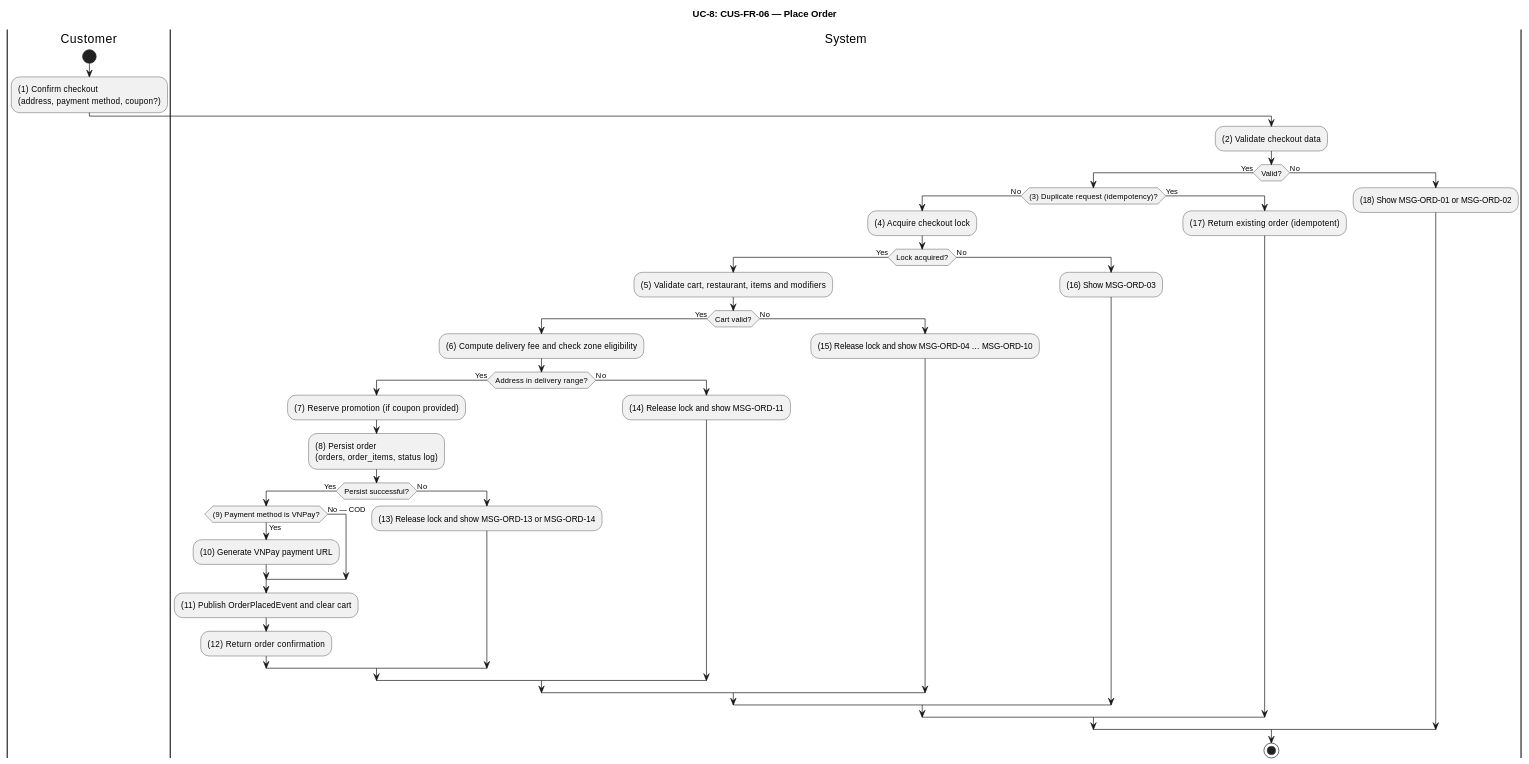
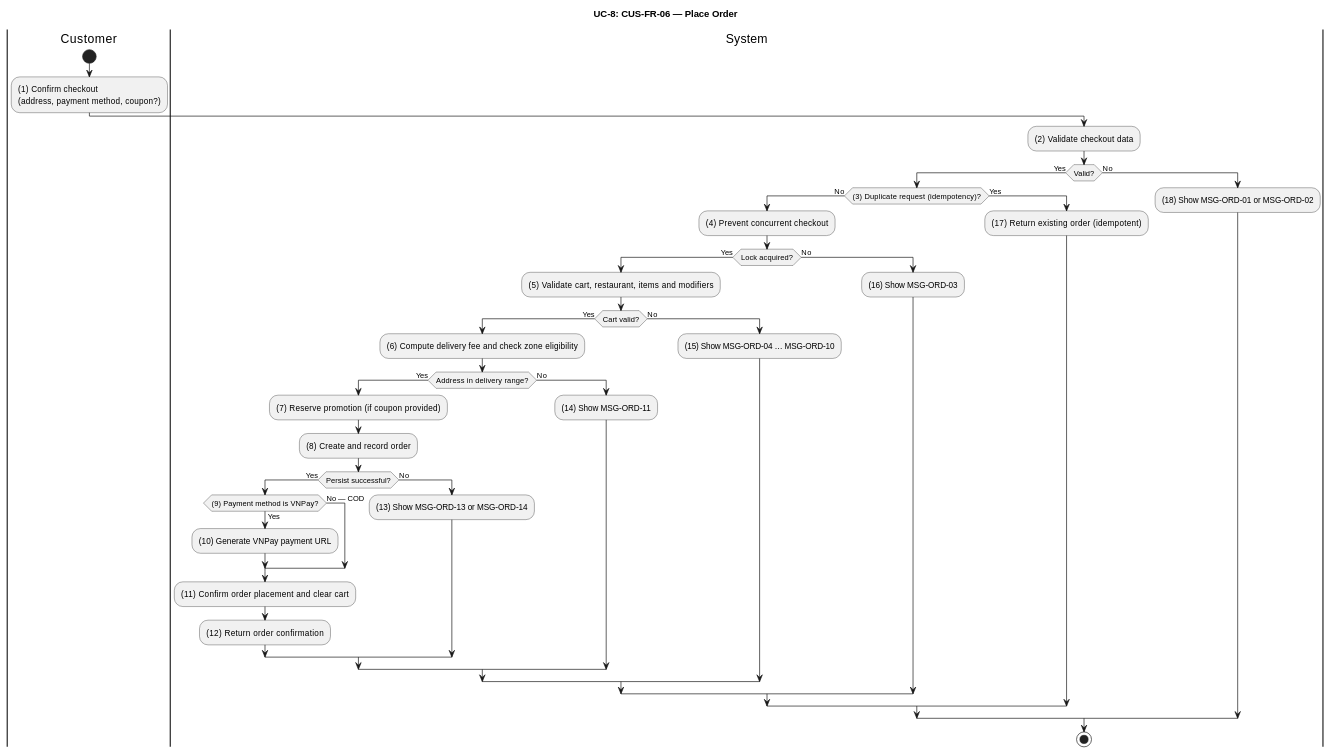
One commit to luubinhdeptrai/Food_Delivery changed the eighth of 26 diagrams in apps/api/docs/Final_Documents/SRS_FoodDelivery.md. Above: the diagram before and after it, drawn with PlantUML. The commit also changed other lines of this file, not shown here.

````diff
--- a/apps/api/docs/Final_Documents/SRS_FoodDelivery.md
+++ b/apps/api/docs/Final_Documents/SRS_FoodDelivery.md
@@ -572,49 +592,49 @@
 ```plantuml
 @startuml UC8-Place-Order
 title UC-8: CUS-FR-06 — Place Order
 skinparam ConditionEndStyle hline
 
 |Customer|
 start
 :(1) Confirm checkout\n(address, payment method, coupon?);
 
 |System|
 :(2) Validate checkout data;
 if (Valid?) then (Yes)
   if ((3) Duplicate request (idempotency)?) then (No)
-    :(4) Acquire checkout lock;
+    :(4) Prevent concurrent checkout;
     if (Lock acquired?) then (Yes)
       :(5) Validate cart, restaurant, items and modifiers;
       if (Cart valid?) then (Yes)
         :(6) Compute delivery fee and check zone eligibility;
         if (Address in delivery range?) then (Yes)
           :(7) Reserve promotion (if coupon provided);
-          :(8) Persist order\n(orders, order_items, status log);
+          :(8) Create and record order;
           if (Persist successful?) then (Yes)
             if ((9) Payment method is VNPay?) then (Yes)
               :(10) Generate VNPay payment URL;
             else (No — COD)
             endif
-            :(11) Publish OrderPlacedEvent and clear cart;
+            :(11) Confirm order placement and clear cart;
             :(12) Return order confirmation;
           else (No)
-            :(13) Release lock and show MSG-ORD-13 or MSG-ORD-14;
+            :(13) Show MSG-ORD-13 or MSG-ORD-14;
           endif
         else (No)
-          :(14) Release lock and show MSG-ORD-11;
+          :(14) Show MSG-ORD-11;
         endif
       else (No)
-        :(15) Release lock and show MSG-ORD-04 … MSG-ORD-10;
+        :(15) Show MSG-ORD-04 … MSG-ORD-10;
       endif
     else (No)
       :(16) Show MSG-ORD-03;
     endif
   else (Yes)
     :(17) Return existing order (idempotent);
   endif
 else (No)
   :(18) Show MSG-ORD-01 or MSG-ORD-02;
 endif
 stop
 @enduml
 ```
````
